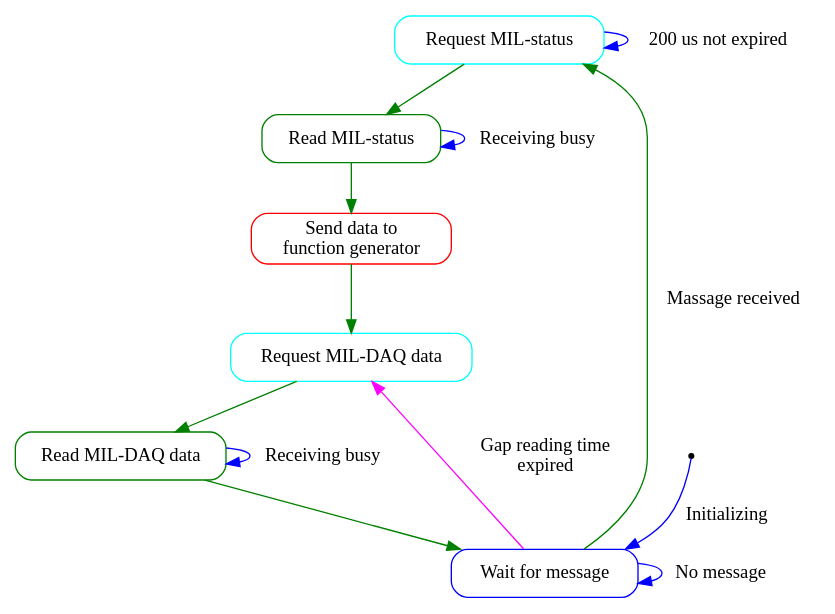
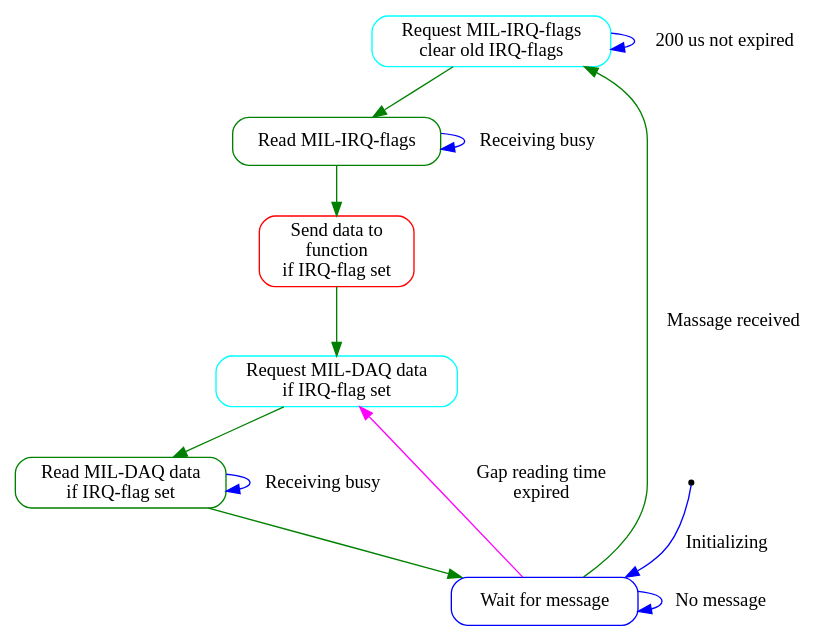
The diagram in top/gsi_scu/scu_main.gv (GSI-CS-CO/bel_projects), drawn with Graphviz before and after one commit. The commit also changed 1 other file, not shown here.

```diff
--- a/top/gsi_scu/scu_main.gv
+++ b/top/gsi_scu/scu_main.gv
@@ -1,22 +1,22 @@
 digraph "generated by DocFsm" {
 	node [shape = Mrecord];
-	ST_PREPARE_0 [label = "Request MIL-status", color = cyan];
-	ST_DATA_AQUISITION_0 [label = "Request MIL-DAQ data", color = cyan];
+	ST_PREPARE_0 [label = "Request MIL-IRQ-flags\nclear old IRQ-flags", color = cyan];
+	ST_DATA_AQUISITION_0 [label = "Request MIL-DAQ data\nif IRQ-flag set", color = cyan];
 	ST_WAIT_0 [label = "Wait for message", color = blue];
-	ST_FETCH_STATUS_0 [label = "Read MIL-status", color = green];
-	ST_HANDLE_IRQS_0 [label = "Send data to\nfunction generator", color = red];
-	ST_FETCH_DATA_0 [label = "Read MIL-DAQ data", color = green];
+	ST_FETCH_STATUS_0 [label = "Read MIL-IRQ-flags", color = green];
+	ST_HANDLE_IRQS_0 [label = "Send data to\nfunction\nif IRQ-flag set", color = red];
+	ST_FETCH_DATA_0 [label = "Read MIL-DAQ data\nif IRQ-flag set", color = green];
 	entry0_0 [shape = point, label = "entry0"];
 	ST_PREPARE_0 -> ST_PREPARE_0 [label = "200 us not expired", color = blue];
 	ST_PREPARE_0 -> ST_FETCH_STATUS_0 [color = green];
 	ST_DATA_AQUISITION_0 -> ST_FETCH_DATA_0 [color = green];
 	ST_WAIT_0 -> ST_PREPARE_0 [label = "Massage received", color = green];
 	ST_WAIT_0 -> ST_DATA_AQUISITION_0 [label = "Gap reading time\nexpired", color = magenta];
 	ST_WAIT_0 -> ST_WAIT_0 [label = "No message", color = blue];
 	ST_FETCH_STATUS_0 -> ST_FETCH_STATUS_0 [label = "Receiving busy", color = blue];
 	ST_FETCH_STATUS_0 -> ST_HANDLE_IRQS_0 [color = green];
 	ST_HANDLE_IRQS_0 -> ST_DATA_AQUISITION_0 [color = green];
 	ST_FETCH_DATA_0 -> ST_FETCH_DATA_0 [label = "Receiving busy", color = blue];
 	ST_FETCH_DATA_0 -> ST_WAIT_0 [color = green];
 	entry0_0 -> ST_WAIT_0 [label = "Initializing", color = blue];
 }
```
